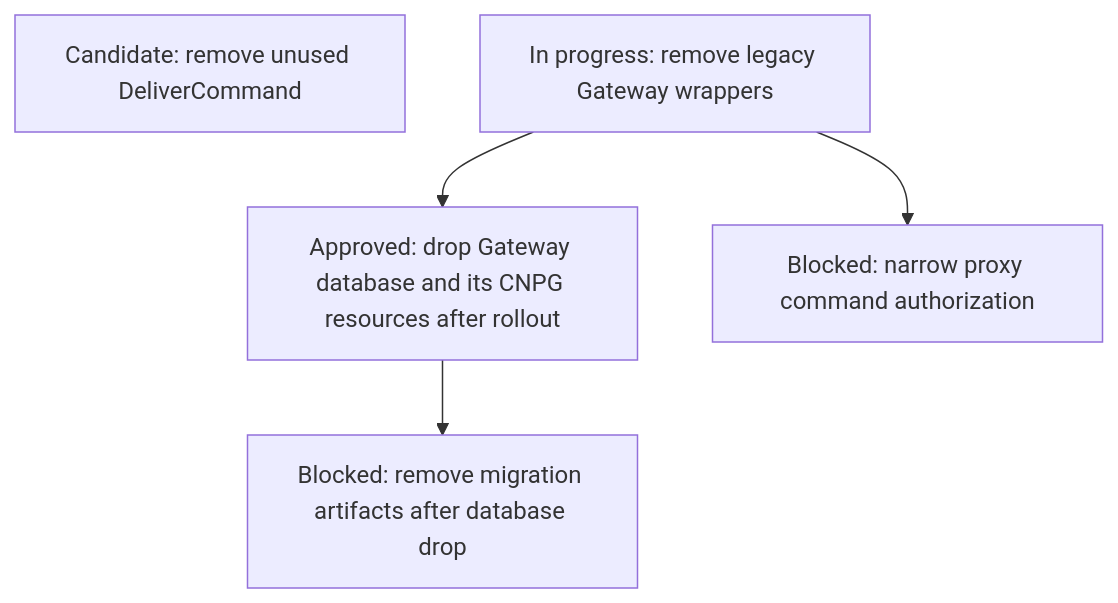
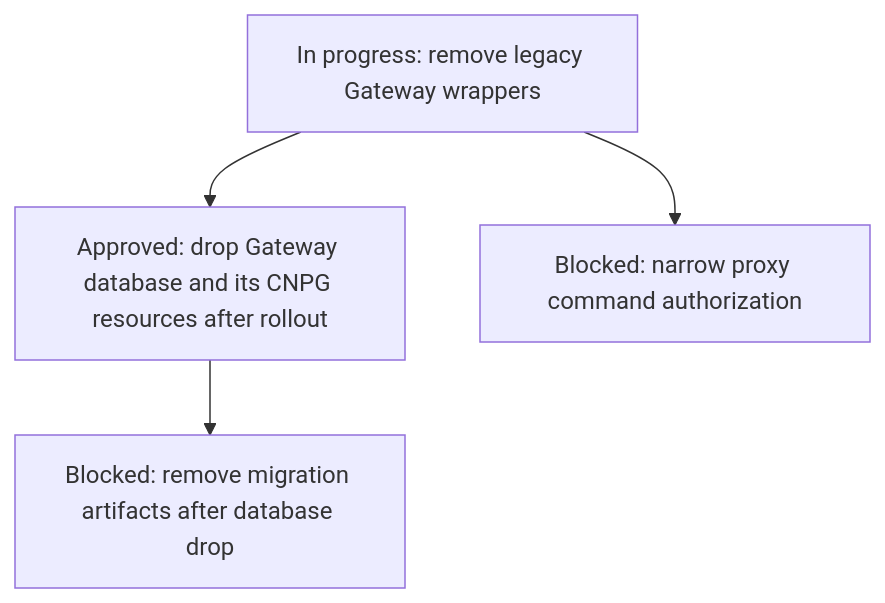
One commit to agentydragon-agent/ducktape changed diagram 15 of 16 in agentplane/plans/task_dag.md. Above: the diagram before and after it, drawn with Mermaid. The commit also changed other lines of this file and 17 other files, not shown here.

First line of the commit message:
agentplane: remove generic Runner command RPC (#10724)

````diff
--- a/agentplane/plans/task_dag.md
+++ b/agentplane/plans/task_dag.md
@@ -1281,10 +1281,9 @@
 ```mermaid
 flowchart TD
-    RUNNER_COMMAND_RPCS[Candidate: remove unused DeliverCommand]
     GATEWAY_WRAPPER_RETIRE[In progress: remove legacy Gateway wrappers]
     GATEWAY_DATABASE_DROP --> GATEWAY_DATABASE_DROP_CLEANUP[Blocked: remove migration artifacts after database drop]
     GATEWAY_DATABASE_DROP[Approved: drop Gateway database and its CNPG resources after rollout]
     PROXY_START_METHODS_DISPATCHER_ONLY[Blocked: narrow proxy command authorization]
     GATEWAY_WRAPPER_RETIRE --> PROXY_START_METHODS_DISPATCHER_ONLY
     GATEWAY_WRAPPER_RETIRE --> GATEWAY_DATABASE_DROP
 ```
````
